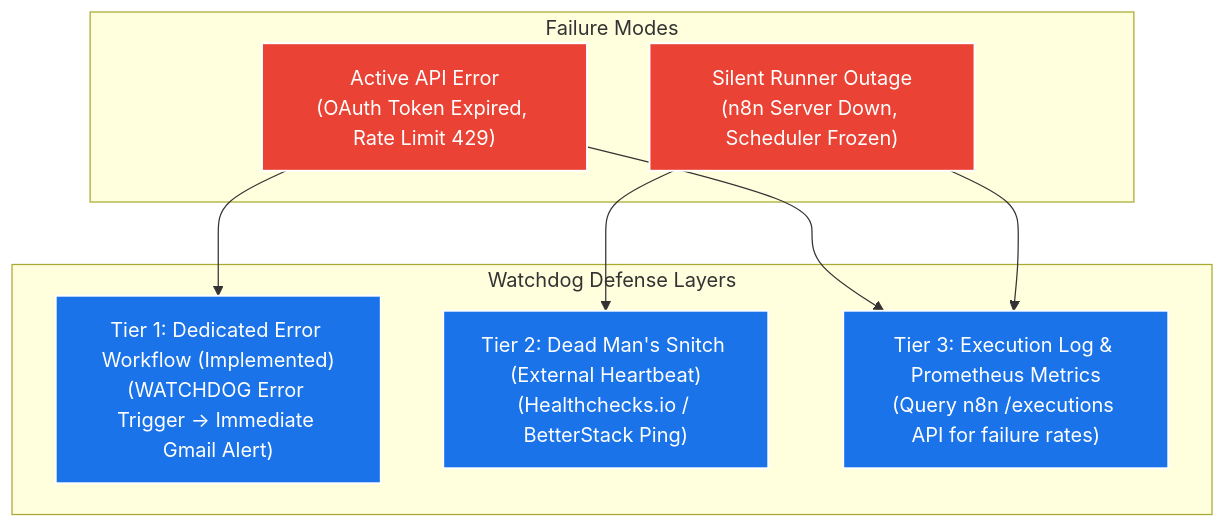
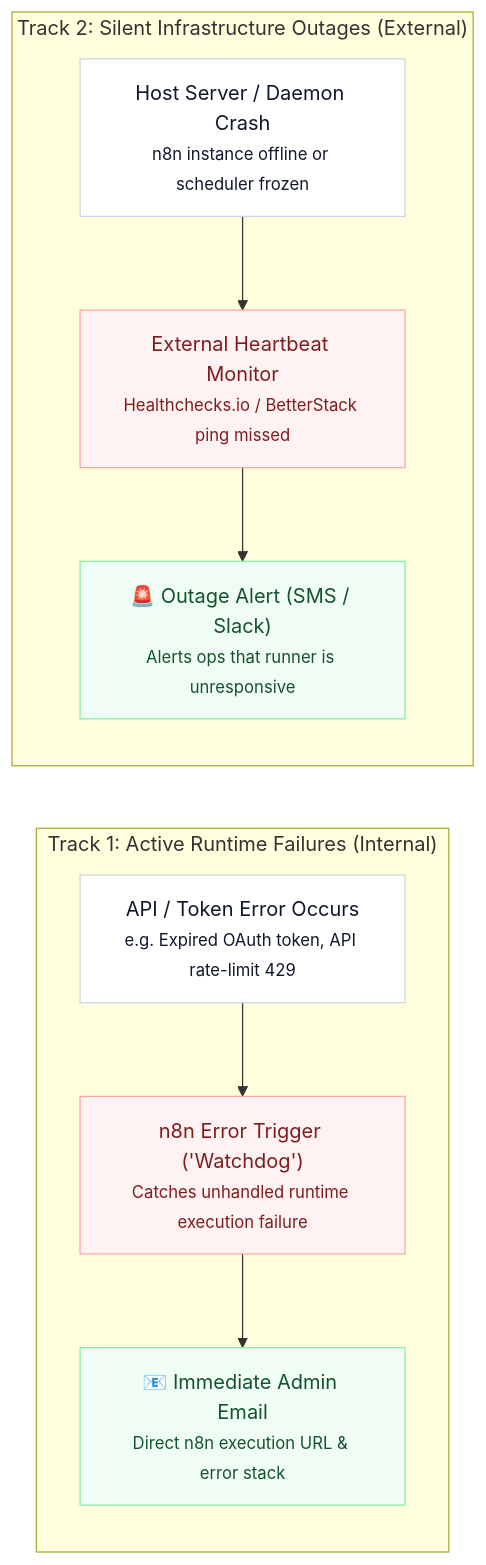
Before and after one commit to haydiru/gmail-todoist-alert-automation: the second of 2 diagrams in README.md, drawn with Mermaid. The commit also changed other lines of this file, not shown here.

Commit message:
style: refine flowcharts with clean palette and fix architecture relationships

````diff
--- a/README.md
+++ b/README.md
@@ -157,22 +160,23 @@
 ```mermaid
-flowchart TD
-    subgraph Failures["Failure Modes"]
-        F1["Active API Error<br/>(OAuth Token Expired, Rate Limit 429)"]
-        F2["Silent Runner Outage<br/>(n8n Server Down, Scheduler Frozen)"]
+flowchart LR
+    subgraph Track1["Track 1: Active Runtime Failures (Internal)"]
+        direction TB
+        E1["API / Token Error Occurs<br/><small>e.g. Expired OAuth token, API rate-limit 429</small>"] --> E2["n8n Error Trigger ('Watchdog')<br/><small>Catches unhandled runtime execution failure</small>"]
+        E2 --> E3["📧 Immediate Admin Email<br/><small>Direct n8n execution URL & error stack</small>"]
     end
 
-    subgraph Defense["Watchdog Defense Layers"]
-        W1["Tier 1: Dedicated Error Workflow (Implemented)<br/>(WATCHDOG Error Trigger -> Immediate Gmail Alert)"]
-        W2["Tier 2: Dead Man's Snitch (External Heartbeat)<br/>(Healthchecks.io / BetterStack Ping)"]
-        W3["Tier 3: Execution Log & Prometheus Metrics<br/>(Query n8n /executions API for failure rates)"]
+    subgraph Track2["Track 2: Silent Infrastructure Outages (External)"]
+        direction TB
+        S1["Host Server / Daemon Crash<br/><small>n8n instance offline or scheduler frozen</small>"] --> S2["External Heartbeat Monitor<br/><small>Healthchecks.io / BetterStack ping missed</small>"]
+        S2 --> S3["🚨 Outage Alert (SMS / Slack)<br/><small>Alerts ops that runner is unresponsive</small>"]
     end
 
-    F1 --> W1
-    F2 --> W2
-    F1 & F2 --> W3
+    classDef default fill:#f8fafc,stroke:#cbd5e1,stroke-width:1px,color:#0f172a;
+    classDef card fill:#ffffff,stroke:#cbd5e1,stroke-width:1px,color:#0f172a;
+    classDef alertCard fill:#fef2f2,stroke:#fca5a5,stroke-width:1px,color:#7f1d1d;
+    classDef notifyCard fill:#f0fdf4,stroke:#86efac,stroke-width:1px,color:#14532d;
 
-    classDef fail fill:#ea4335,stroke:#fff,stroke-width:1.5px,color:#fff;
-    classDef watch fill:#1a73e8,stroke:#fff,stroke-width:1.5px,color:#fff;
-    class F1,F2 fail;
-    class W1,W2,W3 watch;
+    class E1,S1 card;
+    class E2,S2 alertCard;
+    class E3,S3 notifyCard;
 ```
````
